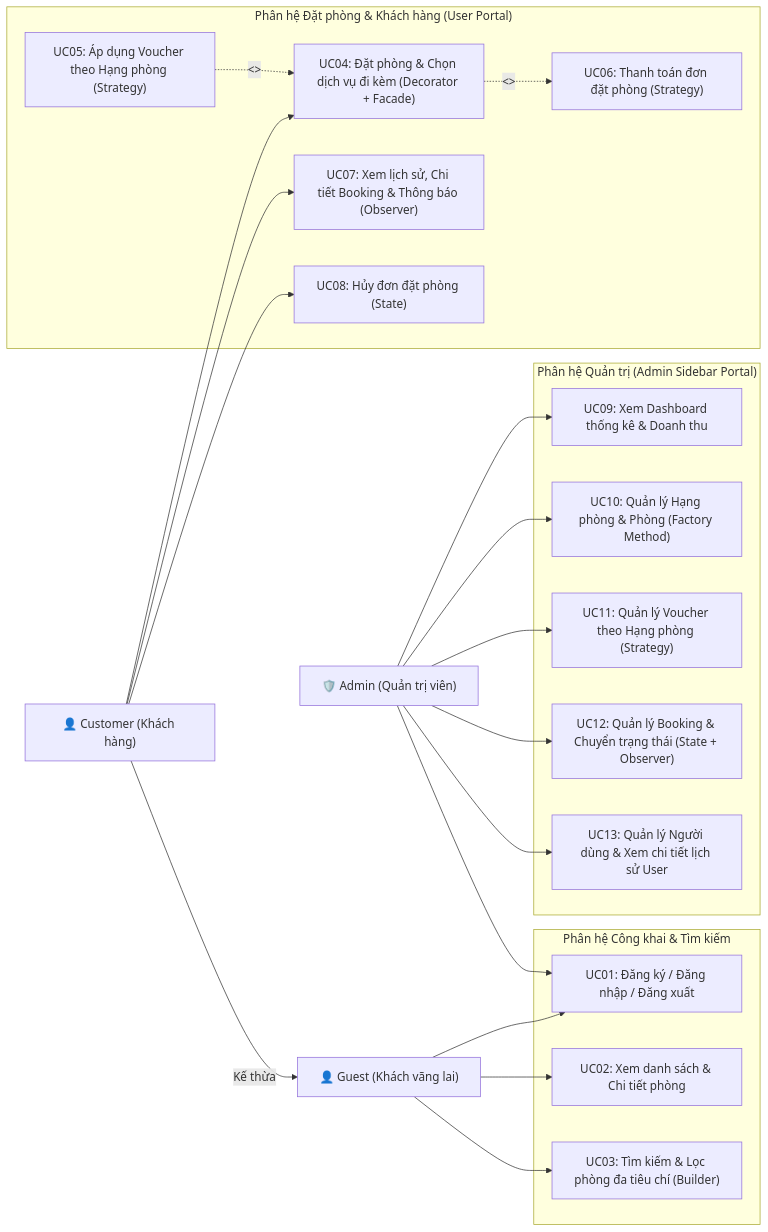
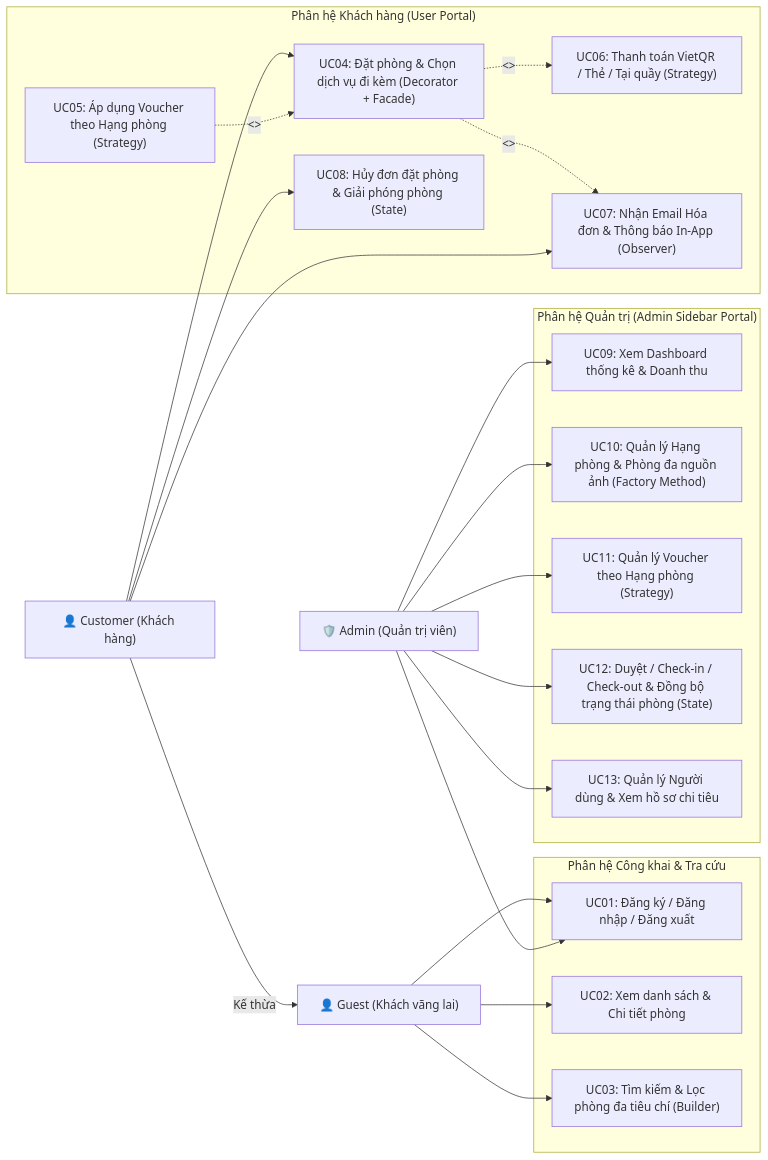
One commit to Binfhan/hotel-booking-system changed the first of 9 diagrams in BAO_CAO_DESIGN_PATTERNS_VA_SOLID.md. Above: the diagram before and after it, drawn with Mermaid. The commit also changed other lines of this file and 23 other files, not shown here.

````diff
--- a/BAO_CAO_DESIGN_PATTERNS_VA_SOLID.md
+++ b/BAO_CAO_DESIGN_PATTERNS_VA_SOLID.md
@@ -83,47 +135,48 @@
 ```mermaid
 flowchart LR
     Guest["👤 Guest (Khách vãng lai)"]
     Customer["👤 Customer (Khách hàng)"]
     Admin["🛡️ Admin (Quản trị viên)"]
 
     Customer -->|"Kế thừa"| Guest
 
-    subgraph UC_Public["Phân hệ Công khai & Tìm kiếm"]
+    subgraph UC_Public["Phân hệ Công khai & Tra cứu"]
         UC1["UC01: Đăng ký / Đăng nhập / Đăng xuất"]
         UC2["UC02: Xem danh sách & Chi tiết phòng"]
         UC3["UC03: Tìm kiếm & Lọc phòng đa tiêu chí (Builder)"]
     end
 
-    subgraph UC_Customer["Phân hệ Đặt phòng & Khách hàng (User Portal)"]
+    subgraph UC_Customer["Phân hệ Khách hàng (User Portal)"]
         UC4["UC04: Đặt phòng & Chọn dịch vụ đi kèm (Decorator + Facade)"]
         UC5["UC05: Áp dụng Voucher theo Hạng phòng (Strategy)"]
-        UC6["UC06: Thanh toán đơn đặt phòng (Strategy)"]
-        UC7["UC07: Xem lịch sử, Chi tiết Booking & Thông báo (Observer)"]
-        UC8["UC08: Hủy đơn đặt phòng (State)"]
+        UC6["UC06: Thanh toán VietQR / Thẻ / Tại quầy (Strategy)"]
+        UC7["UC07: Nhận Email Hóa đơn & Thông báo In-App (Observer)"]
+        UC8["UC08: Hủy đơn đặt phòng & Giải phóng phòng (State)"]
     end
 
     subgraph UC_Admin["Phân hệ Quản trị (Admin Sidebar Portal)"]
         UC9["UC09: Xem Dashboard thống kê & Doanh thu"]
-        UC10["UC10: Quản lý Hạng phòng & Phòng (Factory Method)"]
+        UC10["UC10: Quản lý Hạng phòng & Phòng đa nguồn ảnh (Factory Method)"]
         UC11["UC11: Quản lý Voucher theo Hạng phòng (Strategy)"]
-        UC12["UC12: Quản lý Booking & Chuyển trạng thái (State + Observer)"]
-        UC13["UC13: Quản lý Người dùng & Xem chi tiết lịch sử User"]
+        UC12["UC12: Duyệt / Check-in / Check-out & Đồng bộ trạng thái phòng (State)"]
+        UC13["UC13: Quản lý Người dùng & Xem hồ sơ chi tiêu"]
     end
 
     Guest --> UC1
     Guest --> UC2
     Guest --> UC3
 
     Customer --> UC4
     UC4 -.->|"<<include>>"| UC6
+    UC4 -.->|"<<include>>"| UC7
     UC5 -.->|"<<extend>>"| UC4
     Customer --> UC7
     Customer --> UC8
 
     Admin --> UC1
     Admin --> UC9
     Admin --> UC10
     Admin --> UC11
     Admin --> UC12
     Admin --> UC13
 ```
````
